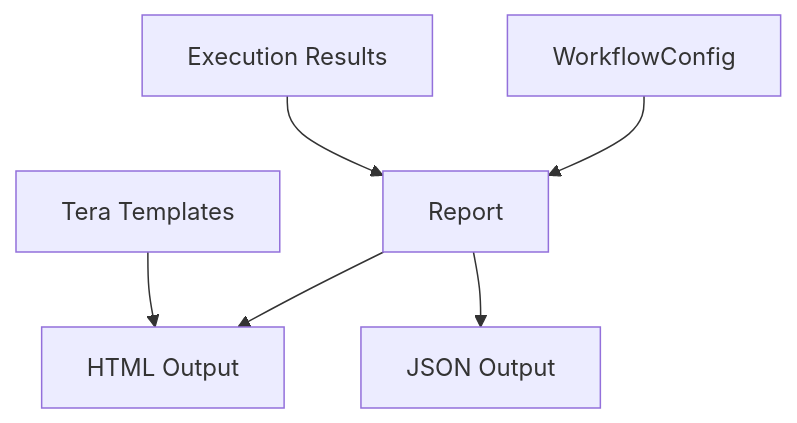
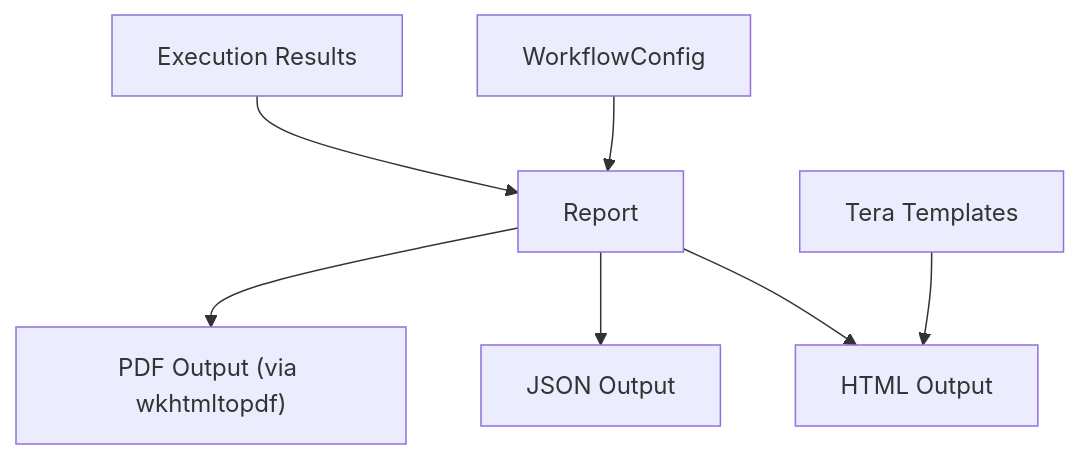
One commit to Traitome/oxo-flow changed the diagram in docs/guide/src/reference/reporting-system.md. Above: the diagram before and after it, drawn with Mermaid. The commit also changed other lines of this file and 30 other files, not shown here.

````diff
--- a/docs/guide/src/reference/reporting-system.md
+++ b/docs/guide/src/reference/reporting-system.md
@@ -9,8 +9,9 @@
 ```mermaid
 graph TD
     Config["WorkflowConfig"] --> Report["Report"]
     Execution["Execution Results"] --> Report
     Report --> HTML["HTML Output"]
     Report --> JSON["JSON Output"]
+    Report --> PDF["PDF Output (via wkhtmltopdf)"]
     Templates["Tera Templates"] --> HTML
 ```
````
